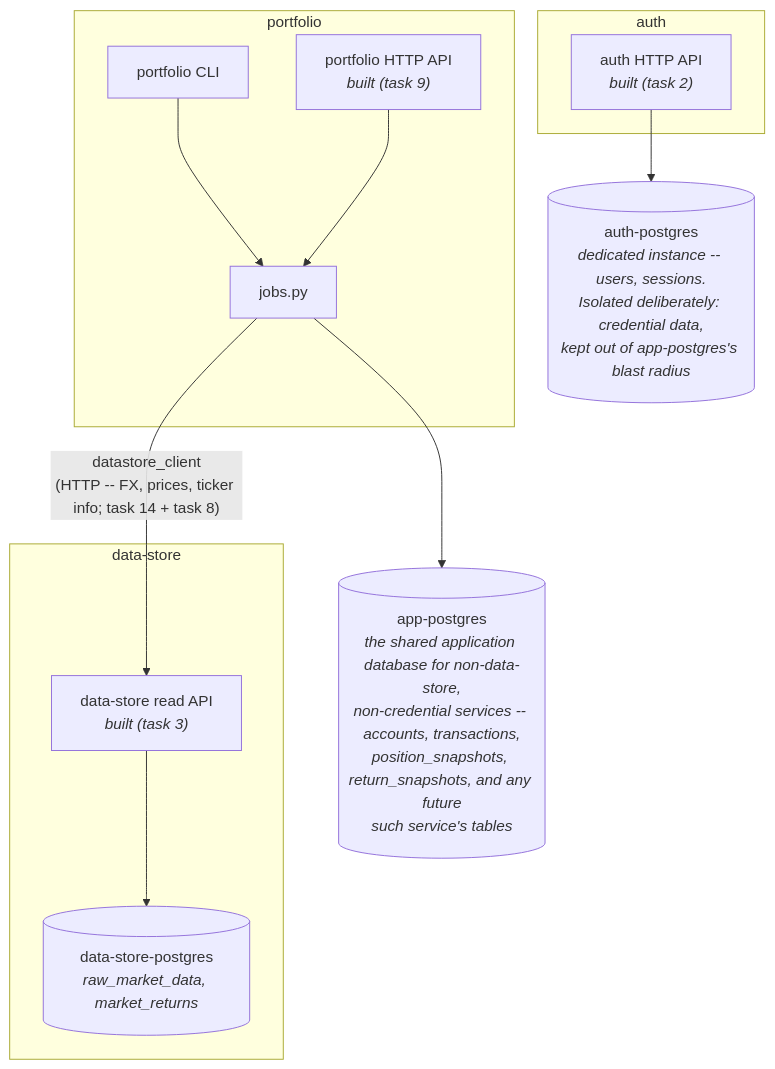
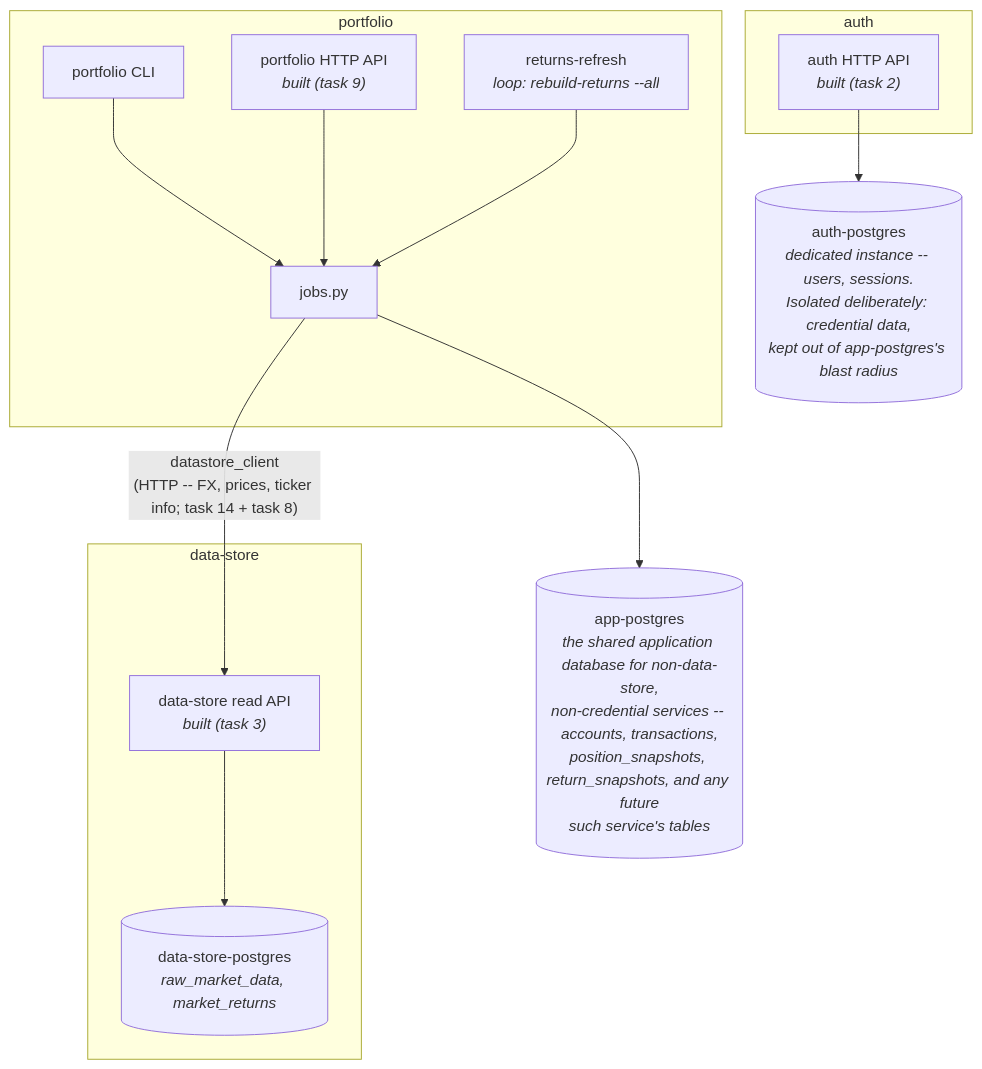
One commit to jpedropereira/Stakehold changed the second of 2 diagrams in services/portfolio/docs/architecture.md. Above: the diagram before and after it, drawn with Mermaid. The commit also changed other lines of this file and 16 other files, not shown here.

First line of the commit message:
Rebuild returns automatically, after writes and on a schedule

````diff
--- a/services/portfolio/docs/architecture.md
+++ b/services/portfolio/docs/architecture.md
@@ -952,28 +990,30 @@
 ```mermaid
 flowchart TB
     subgraph pf["portfolio"]
         PCLI["portfolio CLI"]
         PAPI["portfolio HTTP API<br/><i>built (task 9)</i>"]
+        PREF["returns-refresh<br/><i>loop: rebuild-returns --all</i>"]
         PJOBS["jobs.py"]
     end
 
     APPDB[("app-postgres<br/><i>the shared application database for non-data-store,<br/>non-credential services -- accounts, transactions,<br/>position_snapshots, return_snapshots, and any future<br/>such service's tables</i>")]
 
     subgraph ds["data-store"]
         DSAPI["data-store read API<br/><i>built (task 3)</i>"]
         DSDB[("data-store-postgres<br/><i>raw_market_data, market_returns</i>")]
     end
 
     subgraph au["auth"]
         AUAPI["auth HTTP API<br/><i>built (task 2)</i>"]
     end
 
     AUDB[("auth-postgres<br/><i>dedicated instance -- users, sessions.<br/>Isolated deliberately: credential data,<br/>kept out of app-postgres's blast radius</i>")]
 
     PCLI --> PJOBS
     PAPI --> PJOBS
+    PREF --> PJOBS
     PJOBS --> APPDB
     PJOBS -->|"datastore_client<br/>(HTTP -- FX, prices, ticker info; task 14 + task 8)"| DSAPI
     DSAPI --> DSDB
     AUAPI --> AUDB
 ```
````
